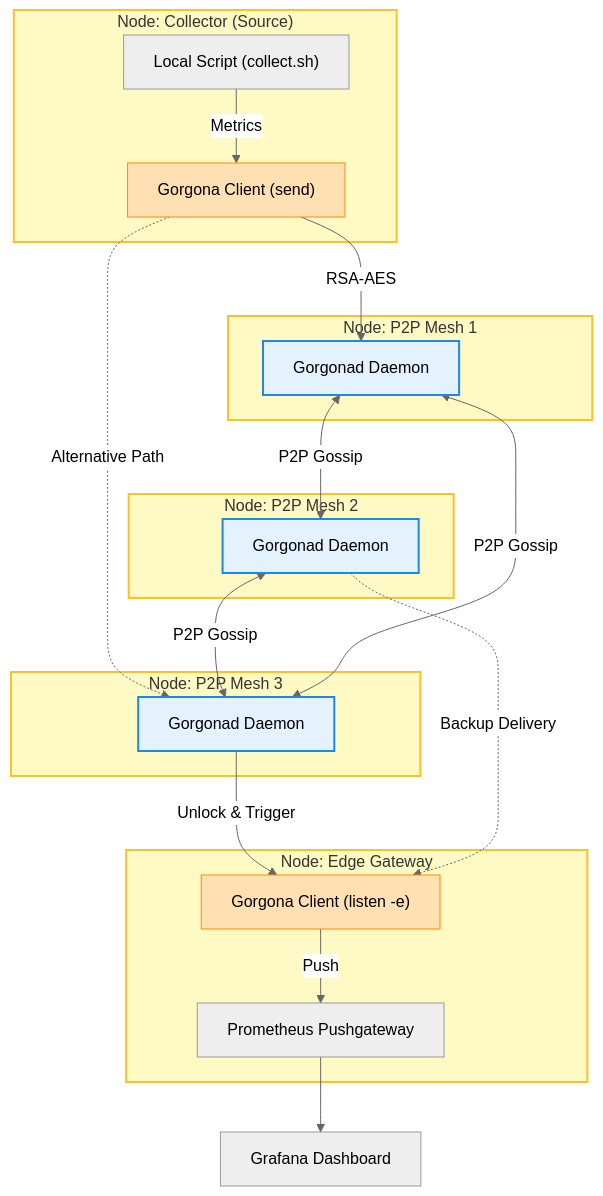
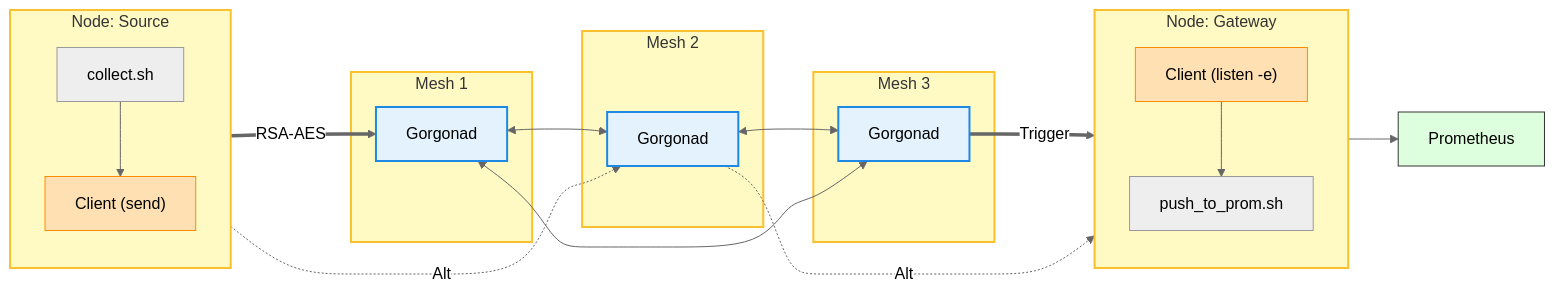
The diagram in plugins/prom_push/readme.md (psqlmaster/gorgona), drawn with Mermaid (neutral theme) before and after one commit.

Commit message:
docs(prom_push): add redundant paths to architecture diagram to highlight P2P resilience

````diff
--- a/plugins/prom_push/readme.md
+++ b/plugins/prom_push/readme.md
@@ -38,55 +38,56 @@
 ```mermaid
-graph TD
+graph LR
     %% Source Node
-    subgraph Node_Source ["Node: Collector (Source)"]
-        A_Coll["Local Script (collect.sh)"] -->|Metrics| A_Cli["Gorgona Client (send)"]
+    subgraph S ["Node: Source"]
+        direction TB
+        A_Coll["collect.sh"] --> A_Cli["Client (send)"]
     end
 
-    %% P2P Mesh Nodes (The Triangle)
-    subgraph Node_P2P_1 ["Node: P2P Mesh 1"]
-        Srv_1["Gorgonad Daemon"]
+    %% Mesh Triangle (arranged to stay compact horizontally)
+    subgraph M1 ["Mesh 1"]
+        D1["Gorgonad"]
     end
-
-    subgraph Node_P2P_2 ["Node: P2P Mesh 2"]
-        Srv_2["Gorgonad Daemon"]
+    subgraph M2 ["Mesh 2"]
+        D2["Gorgonad"]
     end
-
-    subgraph Node_P2P_3 ["Node: P2P Mesh 3"]
-        Srv_3["Gorgonad Daemon"]
+    subgraph M3 ["Mesh 3"]
+        D3["Gorgonad"]
     end
 
     %% Gateway Node
-    subgraph Node_Gateway ["Node: Edge Gateway"]
-        C_Cli["Gorgona Client (listen -e)"] -->|Push| C_GW["Prometheus Pushgateway"]
+    subgraph G ["Node: Gateway"]
+        direction TB
+        C_Cli["Client (listen -e)"] --> C_Push["push_to_prom.sh"]
     end
 
-    %% Connections: Client to Mesh (Redundancy shown)
-    A_Cli -->|RSA-AES| Srv_1
-    A_Cli -.->|Alternative Path| Srv_3
+    %% Flow: Source to Mesh
+    A_Cli ==>|RSA-AES| D1
+    A_Cli -.->|Alt| D2
 
-    %% Connections: The Triangle Mesh
-    Srv_1 <-->|P2P Gossip| Srv_2
-    Srv_2 <-->|P2P Gossip| Srv_3
-    Srv_3 <-->|P2P Gossip| Srv_1
+    %% Mesh Triangle Connections
+    D1 <--> D2
+    D2 <--> D3
+    D3 <--> D1
 
-    %% Connections: Mesh to Gateway Client (Redundancy shown)
-    Srv_3 -->|Unlock & Trigger| C_Cli
-    Srv_2 -.->|Backup Delivery| C_Cli
+    %% Flow: Mesh to Gateway
+    D3 ==>|Trigger| C_Cli
+    D2 -.->|Alt| C_Cli
 
     %% External
-    C_GW --> Grafana["Grafana Dashboard"]
+    C_Push --> Prom["Prometheus"]
 
-    %% Styling Node Blocks (Yellow Background)
-    style Node_Source fill:#fff9c4,stroke:#fbc02d,stroke-width:2px
-    style Node_P2P_1 fill:#fff9c4,stroke:#fbc02d,stroke-width:2px
-    style Node_P2P_2 fill:#fff9c4,stroke:#fbc02d,stroke-width:2px
-    style Node_P2P_3 fill:#fff9c4,stroke:#fbc02d,stroke-width:2px
-    style Node_Gateway fill:#fff9c4,stroke:#fbc02d,stroke-width:2px
+    %% Styles: Nodes (Yellow)
+    style S fill:#fff9c4,stroke:#fbc02d,stroke-width:2px
+    style M1 fill:#fff9c4,stroke:#fbc02d,stroke-width:2px
+    style M2 fill:#fff9c4,stroke:#fbc02d,stroke-width:2px
+    style M3 fill:#fff9c4,stroke:#fbc02d,stroke-width:2px
+    style G fill:#fff9c4,stroke:#fbc02d,stroke-width:2px
 
-    %% Styling Components
+    %% Styles: Components
     style A_Cli fill:#ffe0b2,stroke:#fb8c00
     style C_Cli fill:#ffe0b2,stroke:#fb8c00
-    style Srv_1 fill:#e3f2fd,stroke:#1e88e5,stroke-width:2px
-    style Srv_2 fill:#e3f2fd,stroke:#1e88e5,stroke-width:2px
-    style Srv_3 fill:#e3f2fd,stroke:#1e88e5,stroke-width:2px
+    style D1 fill:#e3f2fd,stroke:#1e88e5,stroke-width:2px
+    style D2 fill:#e3f2fd,stroke:#1e88e5,stroke-width:2px
+    style D3 fill:#e3f2fd,stroke:#1e88e5,stroke-width:2px
+    style Prom fill:#dfd,stroke:#333
 ```
````
